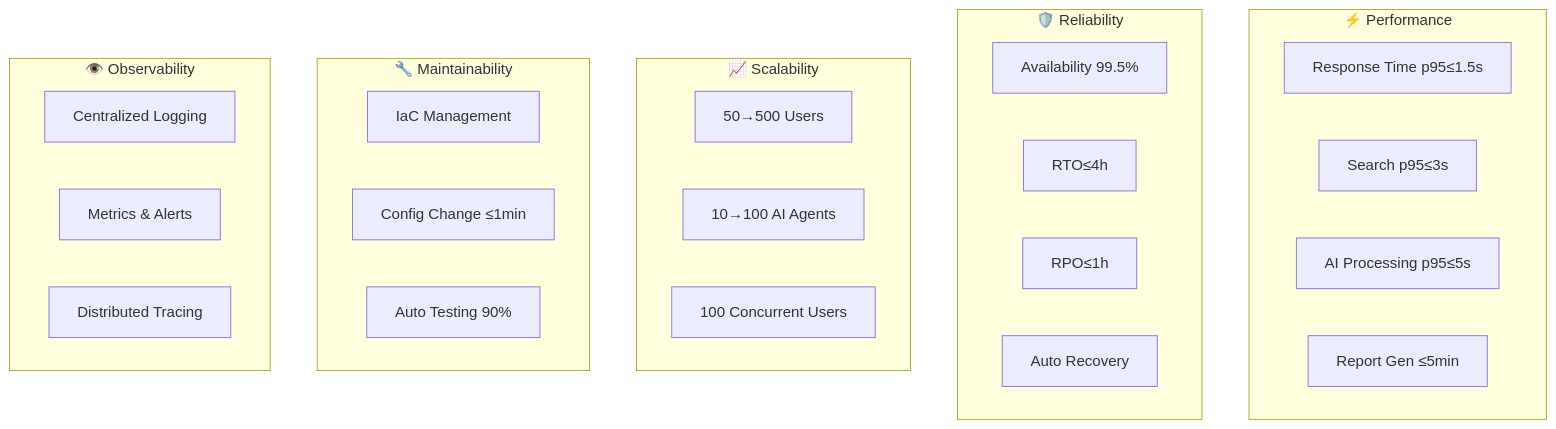
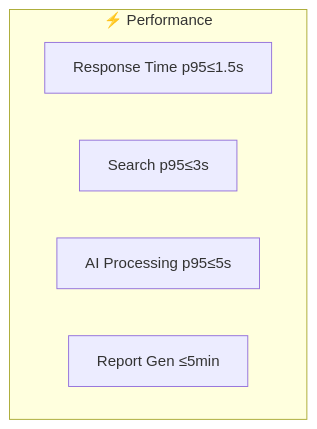
Before and after one commit to daichiTAAA/AgentOpsPlatform: the first of 26 diagrams in docs/030000_設計/038000_非機能設計/038010_非機能設計.md, drawn with Mermaid. The commit also changed other lines of this file and 2 other files, not shown here.

Commit message:
設計書を作成した

````diff
--- a/docs/030000_設計/038000_非機能設計/038010_非機能設計.md
+++ b/docs/030000_設計/038000_非機能設計/038010_非機能設計.md
@@ -30,34 +30,9 @@
 ```mermaid
 graph TD
     subgraph "⚡ Performance"
         P1[Response Time p95≤1.5s]
         P2[Search p95≤3s]
         P3[AI Processing p95≤5s]
         P4[Report Gen ≤5min]
     end
-    
-    subgraph "🛡️ Reliability"
-        R1[Availability 99.5%]
-        R2[RTO≤4h]
-        R3[RPO≤1h]
-        R4[Auto Recovery]
-    end
-    
-    subgraph "📈 Scalability"
-        S1[50→500 Users]
-        S2[10→100 AI Agents]
-        S3[100 Concurrent Users]
-    end
-    
-    subgraph "🔧 Maintainability"
-        M1[IaC Management]
-        M2[Config Change ≤1min]
-        M3[Auto Testing 90%]
-    end
-    
-    subgraph "👁️ Observability"
-        O1[Centralized Logging]
-        O2[Metrics & Alerts]
-        O3[Distributed Tracing]
-    end
 ```
````
